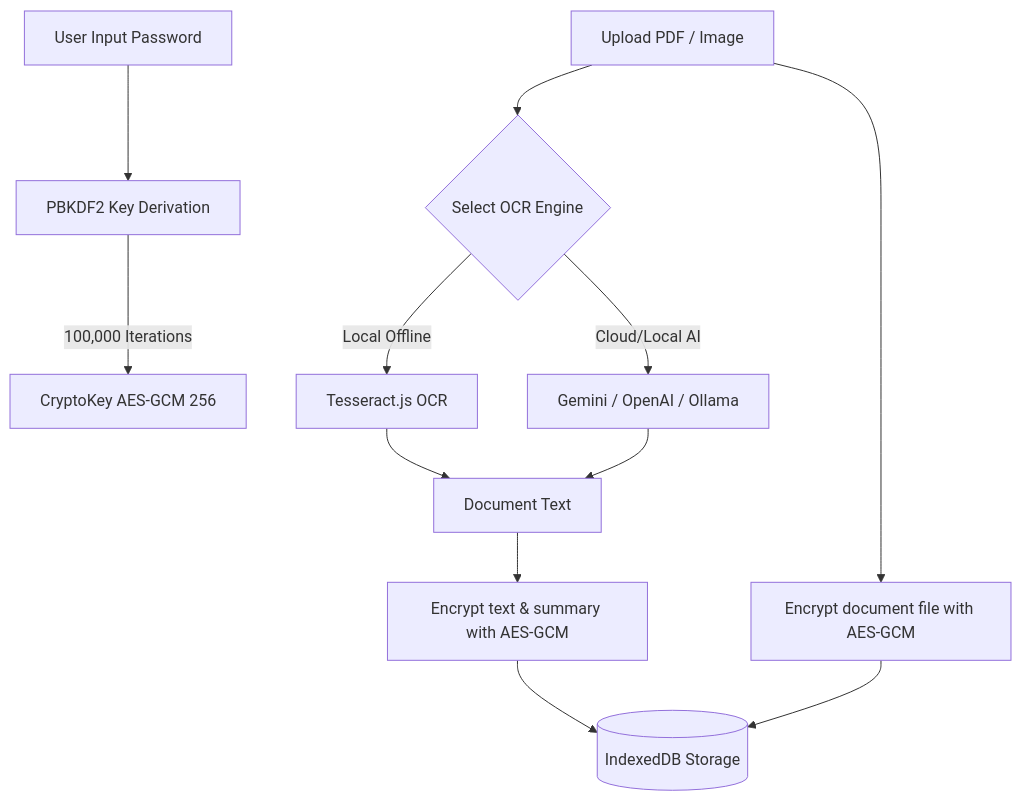
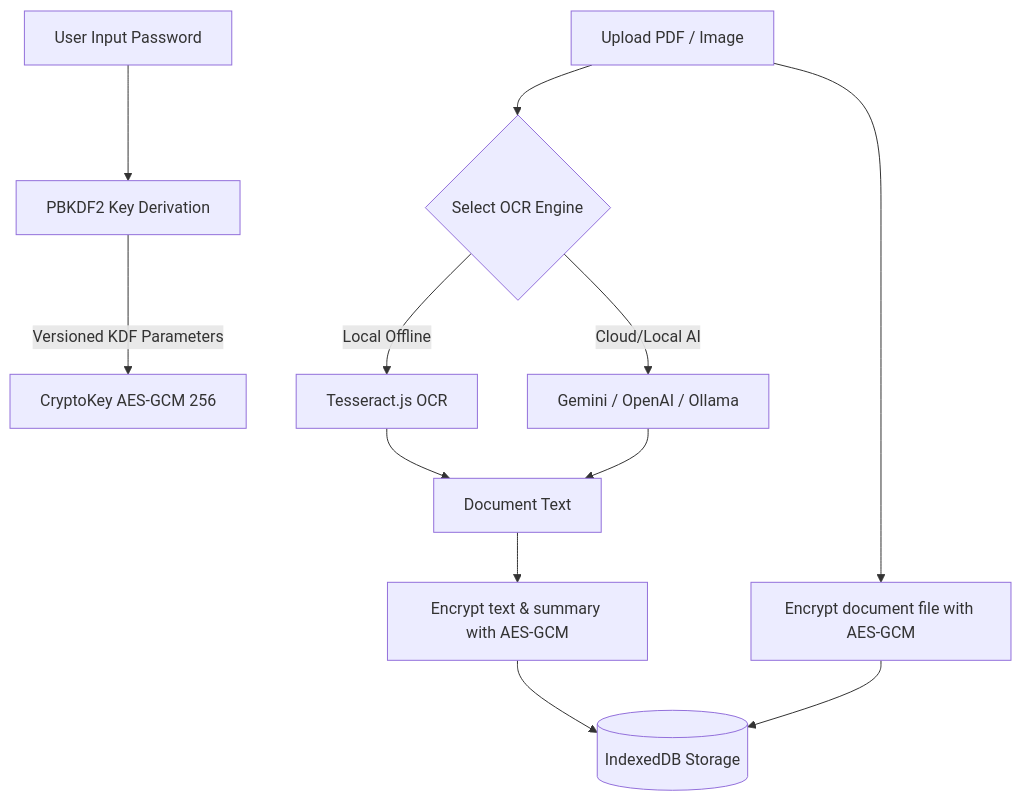
One commit to LoLyeah/OcularOCR changed the diagram in README.md. Above: the diagram before and after it, drawn with Mermaid. The commit also changed other lines of this file and 23 other files, not shown here.

````diff
--- a/README.md
+++ b/README.md
@@ -48,14 +48,14 @@
 ```mermaid
 graph TD
     A[User Input Password] --> B[PBKDF2 Key Derivation]
-    B -->|100,000 Iterations| C[CryptoKey AES-GCM 256]
+    B -->|Versioned KDF Parameters| C[CryptoKey AES-GCM 256]
     D[Upload PDF / Image] --> E{Select OCR Engine}
     E -->|Local Offline| F[Tesseract.js OCR]
     E -->|Cloud/Local AI| G[Gemini / OpenAI / Ollama]
     F --> H[Document Text]
     G --> H
     H --> I[Encrypt text & summary with AES-GCM]
     D --> J[Encrypt document file with AES-GCM]
     I --> K[(IndexedDB Storage)]
     J --> K
 ```
````
